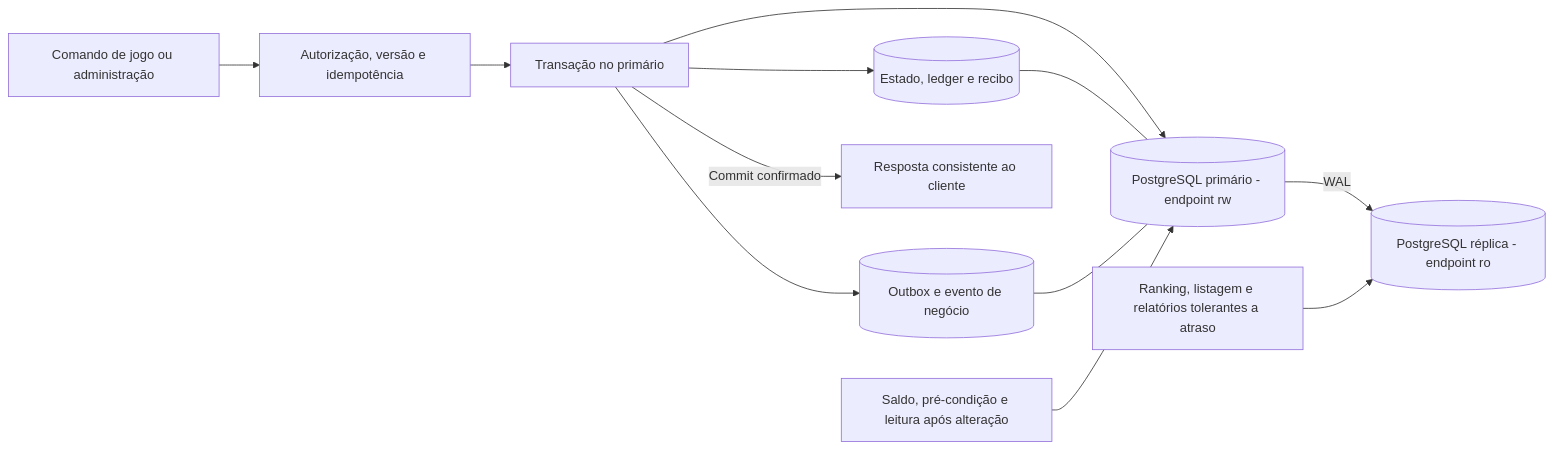
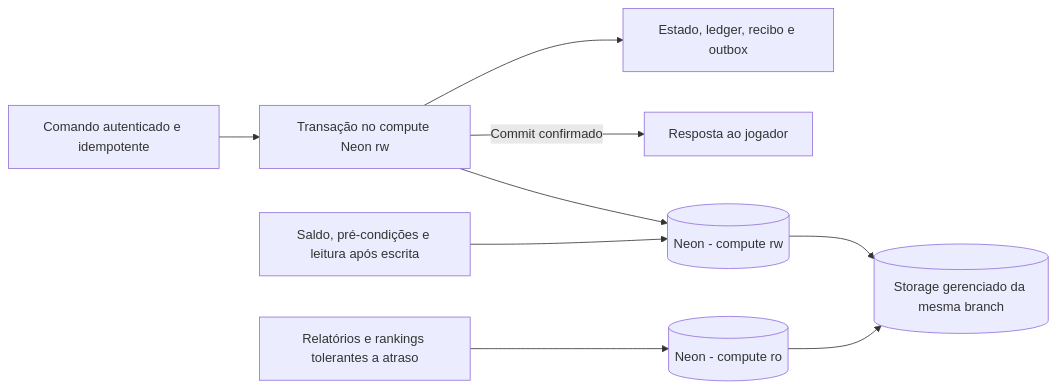
The fourth of 14 diagrams in .github/ARCHITECTURE.md (ReeseArch64/opencok), drawn with Mermaid before and after one commit. The commit also changed other lines of this file and 3 other files, not shown here.

Commit message:
docs: expand deployment architecture and mobile client roadmap

````diff
--- a/.github/ARCHITECTURE.md
+++ b/.github/ARCHITECTURE.md
@@ -330,14 +436,11 @@
 ```mermaid
 flowchart LR
-  command[Comando de jogo ou administração] --> validate[Autorização, versão e idempotência]
-  validate --> tx[Transação no primário]
-  tx --> state[(Estado, ledger e recibo)]
-  tx --> outbox[(Outbox e evento de negócio)]
-  tx -->|Commit confirmado| response[Resposta consistente ao cliente]
-  primary[(PostgreSQL primário - endpoint rw)] -->|WAL| replica[(PostgreSQL réplica - endpoint ro)]
-  tx --> primary
-  state --- primary
-  outbox --- primary
-  listing[Ranking, listagem e relatórios tolerantes a atraso] --> replica
-  critical[Saldo, pré-condição e leitura após alteração] --> primary
+  command[Comando autenticado e idempotente] --> tx[Transação no compute Neon rw]
+  tx --> state[Estado, ledger, recibo e outbox]
+  tx -->|Commit confirmado| response[Resposta ao jogador]
+  rw[(Neon - compute rw)] --> storage[(Storage gerenciado da mesma branch)]
+  ro[(Neon - compute ro)] --> storage
+  tx --> rw
+  critical[Saldo, pré-condições e leitura após escrita] --> rw
+  reports[Relatórios e rankings tolerantes a atraso] --> ro
 ```
````
